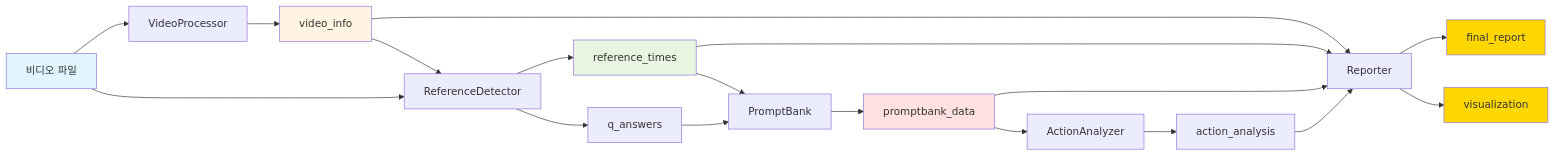
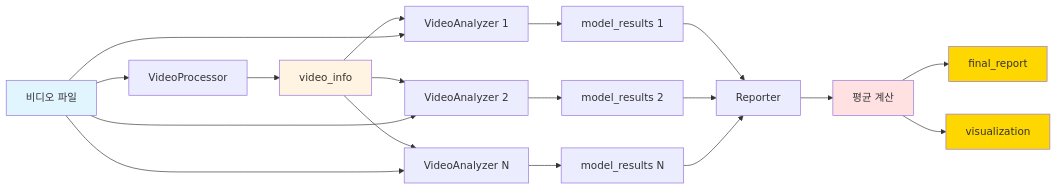
The seventh of 12 diagrams in app/ARCHITECTURE.md (BrianTakion/AI_inhaler_Langgraph), drawn with Mermaid before and after one commit. The commit also changed other lines of this file and 29 other files, not shown here.

````diff
--- a/app/ARCHITECTURE.md
+++ b/app/ARCHITECTURE.md
@@ -324,31 +456,30 @@
 ```mermaid
 graph LR
     A[비디오 파일] --> B[VideoProcessor]
     B --> C[video_info]
     
-    C --> D[ReferenceDetector]
-    A --> D
-    D --> E[reference_times]
-    D --> F[q_answers]
+    C --> D1[VideoAnalyzer 1]
+    C --> D2[VideoAnalyzer 2]
+    C --> DN[VideoAnalyzer N]
+    A --> D1
+    A --> D2
+    A --> DN
     
-    E --> G[PromptBank]
-    F --> G
-    G --> H[promptbank_data]
+    D1 --> E1[model_results 1]
+    D2 --> E2[model_results 2]
+    DN --> EN[model_results N]
     
-    H --> I[ActionAnalyzer]
-    I --> J[action_analysis]
+    E1 --> F[Reporter]
+    E2 --> F
+    EN --> F
     
-    C --> K[Reporter]
-    E --> K
-    H --> K
-    J --> K
-    K --> L[final_report]
-    K --> M[visualization]
+    F --> G[평균 계산]
+    G --> H[final_report]
+    G --> I[visualization]
     
     style A fill:#e1f5ff
     style C fill:#fff4e1
-    style E fill:#e8f5e1
-    style H fill:#ffe1e1
-    style L fill:#FFD700
-    style M fill:#FFD700
+    style G fill:#ffe1e1
+    style H fill:#FFD700
+    style I fill:#FFD700
 ```
````
